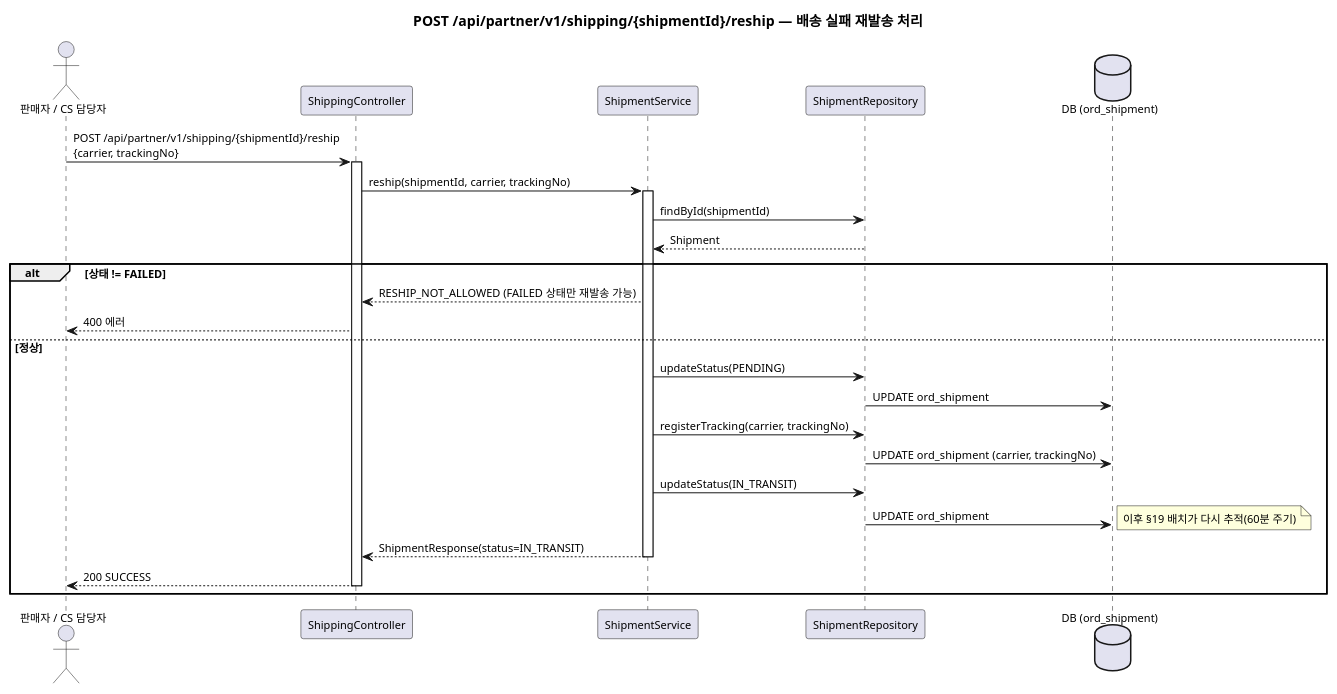
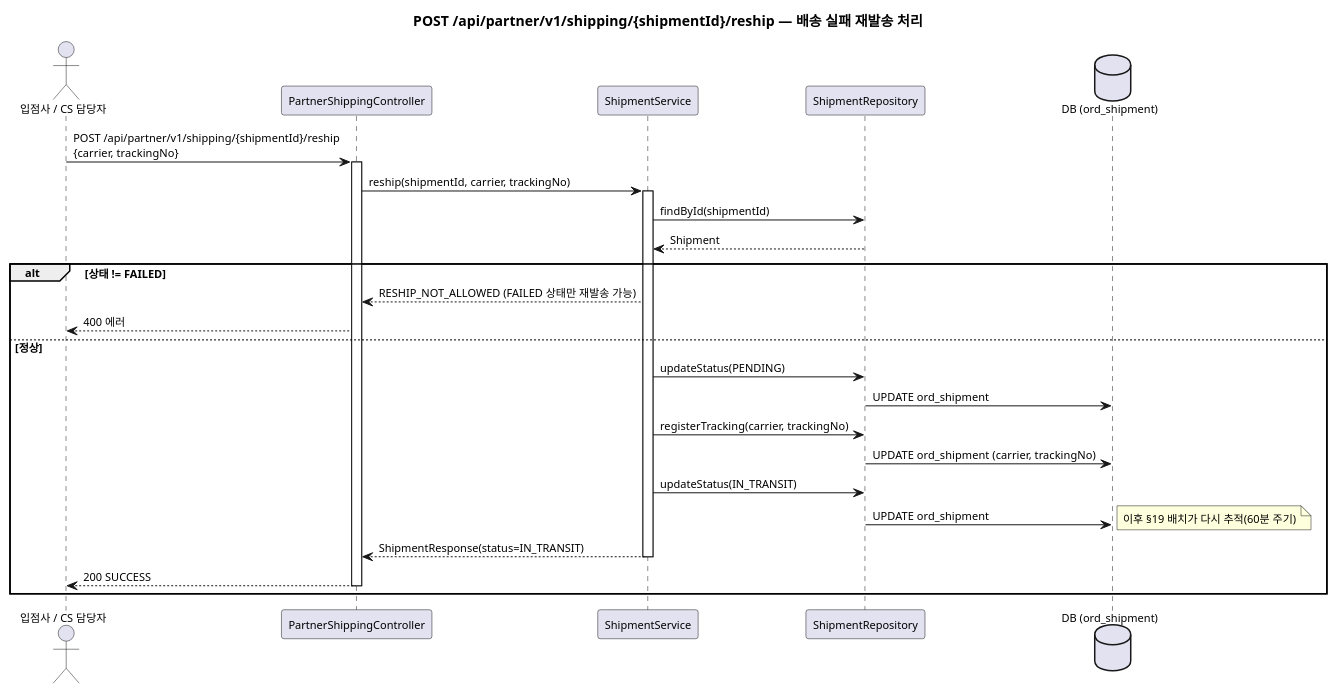
One commit to parknahyun/runNShop changed diagram 26 of 26 in docs/자산화-단계별/S3-상세설계/DM-시퀀스(Order-Payment).md. Above: the diagram before and after it, drawn with PlantUML. The commit also changed other lines of this file and 2 other files, not shown here.

````diff
--- a/docs/자산화-단계별/S3-상세설계/DM-시퀀스(Order-Payment).md
+++ b/docs/자산화-단계별/S3-상세설계/DM-시퀀스(Order-Payment).md
@@ -1381,41 +1411,41 @@
 ```plantuml
 @startuml
 skinparam backgroundColor transparent
 skinparam defaultFontSize 11
 title POST /api/partner/v1/shipping/{shipmentId}/reship — 배송 실패 재발송 처리
 
-actor "판매자 / CS 담당자" as Actor
-participant "ShippingController" as SC
+actor "입점사 / CS 담당자" as Actor
+participant "PartnerShippingController" as SC
 participant "ShipmentService" as Service
 participant "ShipmentRepository" as Repo
 database "DB (ord_shipment)" as DB
 
 Actor -> SC : POST /api/partner/v1/shipping/{shipmentId}/reship\n{carrier, trackingNo}
 activate SC
 
 SC -> Service : reship(shipmentId, carrier, trackingNo)
 activate Service
 
 Service -> Repo : findById(shipmentId)
 Repo --> Service : Shipment
 
 alt 상태 != FAILED
   Service --> SC : RESHIP_NOT_ALLOWED (FAILED 상태만 재발송 가능)
   SC --> Actor : 400 에러
 else 정상
   Service -> Repo : updateStatus(PENDING)
   Repo -> DB : UPDATE ord_shipment
   Service -> Repo : registerTracking(carrier, trackingNo)
   Repo -> DB : UPDATE ord_shipment (carrier, trackingNo)
   Service -> Repo : updateStatus(IN_TRANSIT)
   Repo -> DB : UPDATE ord_shipment
   note right: 이후 §19 배치가 다시 추적(60분 주기)
 
   Service --> SC : ShipmentResponse(status=IN_TRANSIT)
   deactivate Service
   SC --> Actor : 200 SUCCESS
   deactivate SC
 end
 
 @enduml
 ```
````
